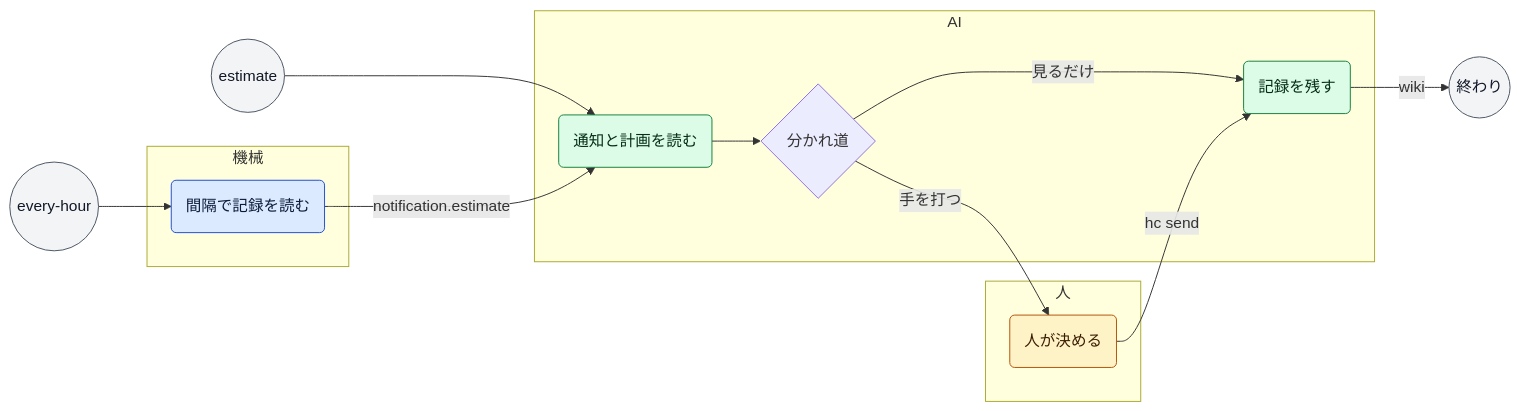
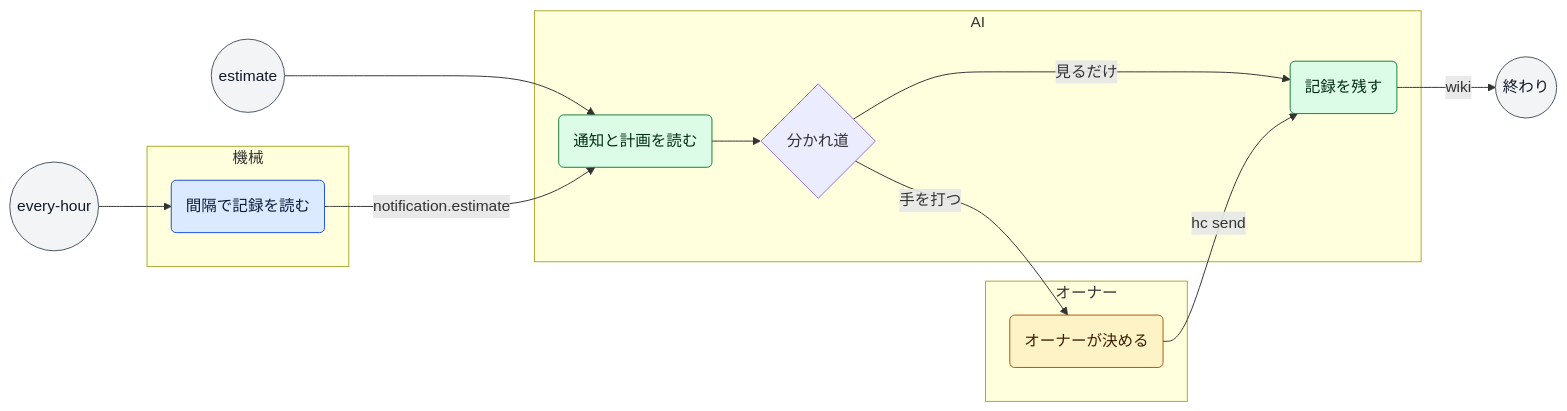
One commit to mitaku/andon changed the diagram in tests/process/docs/process/sample-watch.md. Above: the diagram before and after it, drawn with Mermaid. The commit also changed other lines of this file and 31 other files, not shown here.

````diff
--- a/tests/process/docs/process/sample-watch.md
+++ b/tests/process/docs/process/sample-watch.md
@@ -16,29 +16,29 @@
 ```mermaid
 flowchart LR
   classDef machine fill:#dbeafe,stroke:#1d4ed8,color:#0b1b3a
   classDef ai fill:#dcfce7,stroke:#15803d,color:#052e16
   classDef person fill:#fef3c7,stroke:#b45309,color:#3b1d02
   classDef event fill:#f3f4f6,stroke:#4b5563,color:#111827
   t_estimate(("estimate")):::event
   t_every_hour(("every-hour")):::event
   subgraph lane_machine["機械"]
     s_tick("間隔で記録を読む"):::machine
   end
   subgraph lane_ai["AI"]
     s_read("通知と計画を読む"):::ai
     g_read{"分かれ道"}
     s_done("記録を残す"):::ai
   end
-  subgraph lane_person["人"]
-    s_act("人が決める"):::person
+  subgraph lane_person["オーナー"]
+    s_act("オーナーが決める"):::person
   end
   t_estimate --> s_read
   t_every_hour --> s_tick
   s_tick -->|"notification.estimate"| s_read
   s_read --> g_read
   g_read -->|"手を打つ"| s_act
   g_read -->|"見るだけ"| s_done
   s_act -->|"hc send"| s_done
   s_done -->|"wiki"| fin
   fin(("終わり")):::event
 ```
````
